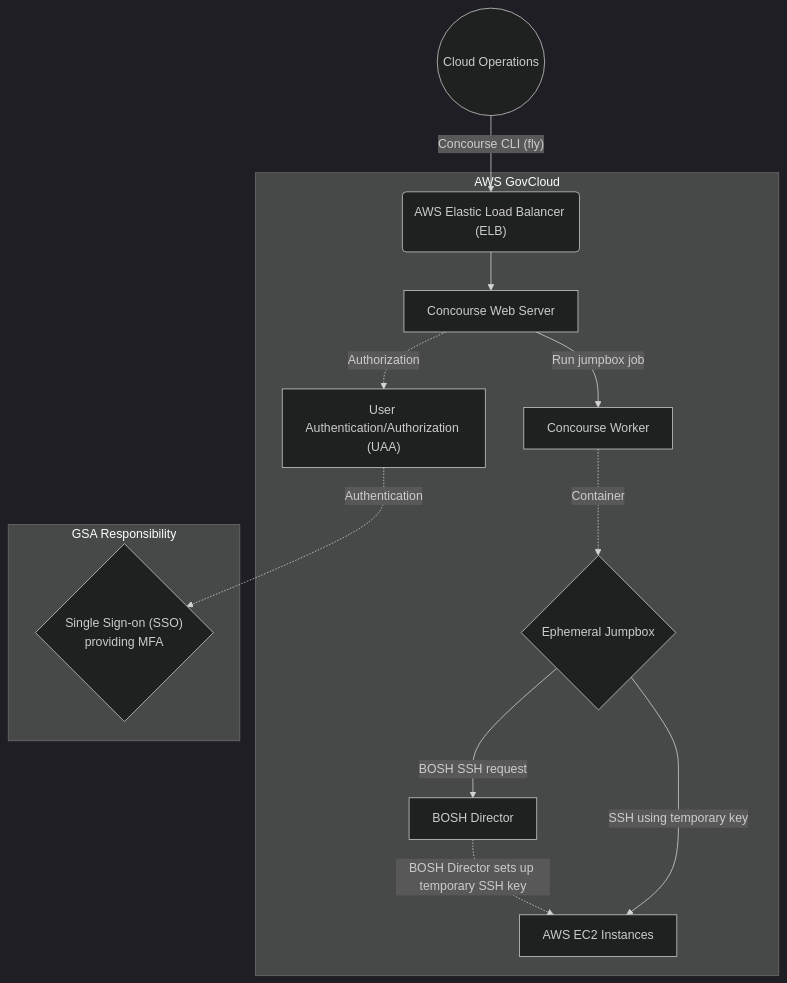
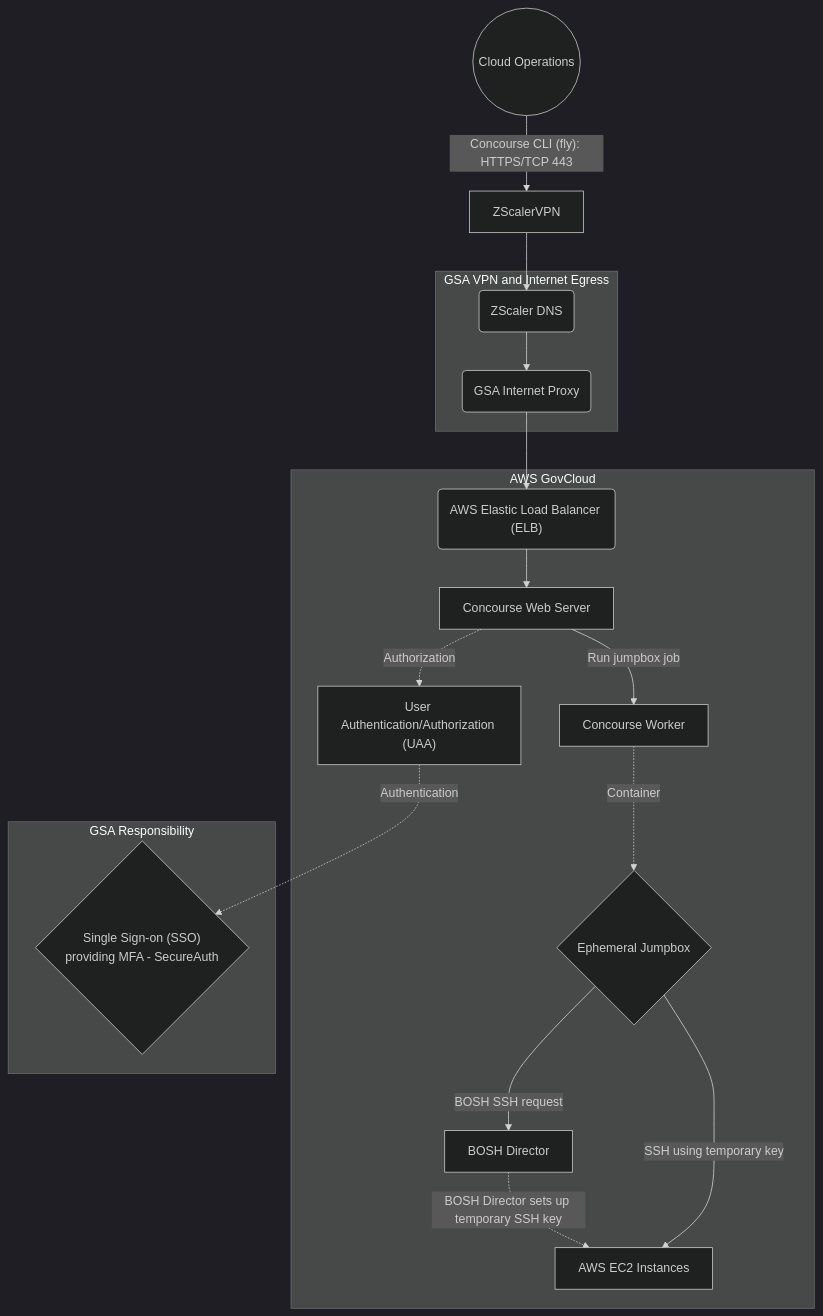
The diagram in source/diagrams/10-4.2-jumpbox.mmd (cloud-gov/system-diagrams), drawn with Mermaid (dark theme) before and after one commit.

Commit message:
Updated flow for jumpbox

```diff
--- a/source/diagrams/10-4.2-jumpbox.mmd
+++ b/source/diagrams/10-4.2-jumpbox.mmd
@@ -1,27 +1,32 @@
 %% title: 10-4.2 Jumpbox Data Flow
 %% description: Section 10 - System Environment - Figure 10-4.2 Jumpbox Data Flow
 graph TD
 
   subgraph AWS GovCloud
     UAA["User Authentication/Authorization (UAA)"]
     web["Concourse Web Server"]
     worker[Concourse Worker]
     Jumpbox{Ephemeral Jumpbox}
     BOSH[BOSH Director]
     EC2[AWS EC2 Instances]
     ELB("AWS Elastic Load Balancer (ELB)")
   end
   subgraph GSA Responsibility
-    SAML{"Single Sign-on (SSO)<br>providing MFA"}
+    SAML{"Single Sign-on (SSO)<br>providing MFA - SecureAuth"}
   end
+  subgraph GSA VPN and Internet Egress
+    ZScalerDNS("ZScaler DNS")
+    GSAProxy("GSA Internet Proxy")
+  end
+
   Ops((Cloud Operations))
 
-  Ops--"Concourse CLI (fly)"-->ELB
+  Ops--"Concourse CLI (fly): HTTPS/TCP 443"-->ZScalerVPN-->ZScalerDNS-->GSAProxy-->ELB
   ELB-->web
   UAA-.Authentication.->SAML
   web-.Authorization.->UAA
   web--Run jumpbox job-->worker
   worker-.Container.->Jumpbox
   Jumpbox--BOSH SSH request-->BOSH
   BOSH-.BOSH Director sets up temporary SSH key.->EC2
   Jumpbox--SSH using temporary key-->EC2
```
